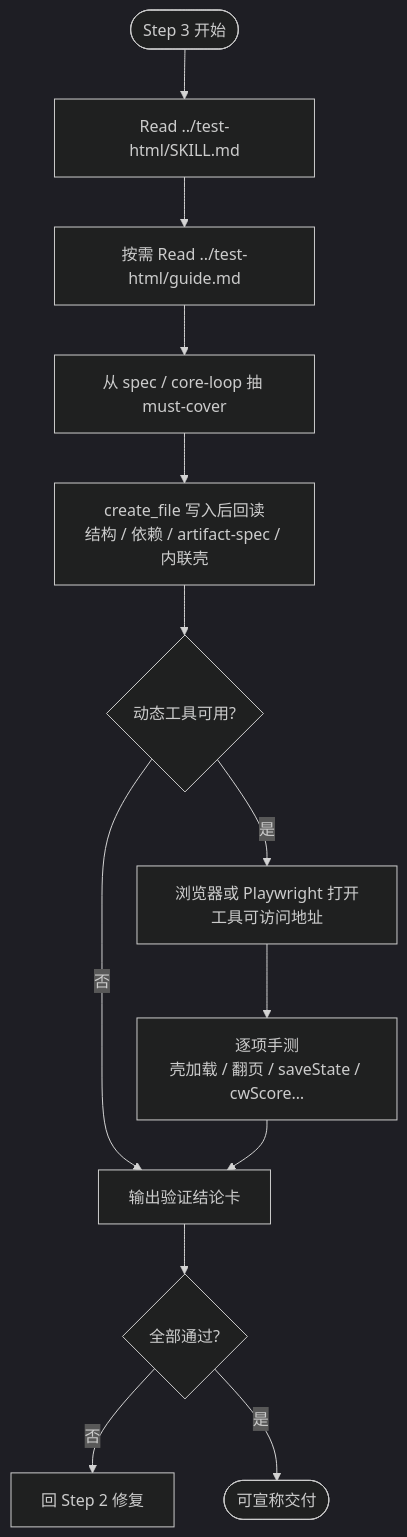
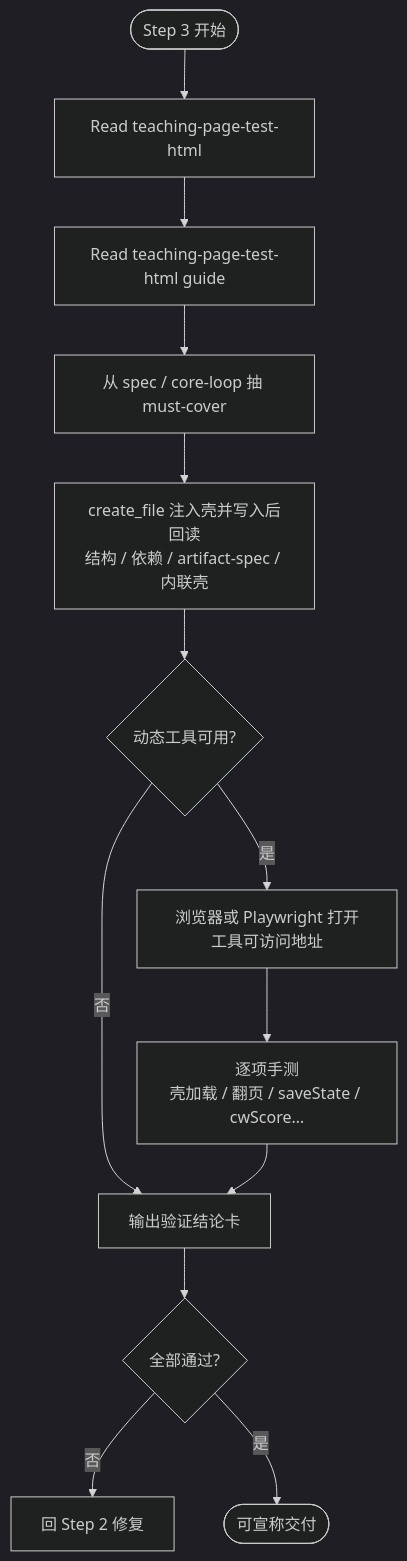
One commit to zhangyicheng95/feixiang-skill-test changed the fourth of 5 diagrams in .cursor/skills/教学HTML-Skills-v0.1.3-2026-07-15/courseware-generator/workflow.md. Above: the diagram before and after it, drawn with Mermaid (dark theme). The commit also changed other lines of this file and 6 other files, not shown here.

````diff
--- a/.cursor/skills/教学HTML-Skills-v0.1.3-2026-07-15/courseware-generator/workflow.md
+++ b/.cursor/skills/教学HTML-Skills-v0.1.3-2026-07-15/courseware-generator/workflow.md
@@ -81,15 +81,15 @@
 ```mermaid
 flowchart TD
-    S3_START([Step 3 开始]) --> R_TEST[Read ../test-html/SKILL.md]
-    R_TEST --> R_GUIDE[按需 Read ../test-html/guide.md]
+    S3_START([Step 3 开始]) --> R_TEST[Read teaching-page-test-html]
+    R_TEST --> R_GUIDE[Read teaching-page-test-html guide]
     R_GUIDE --> MUST[从 spec / core-loop 抽 must-cover]
-    MUST --> STATIC[create_file 写入后回读<br/>结构 / 依赖 / artifact-spec / 内联壳]
+    MUST --> STATIC[create_file 注入壳并写入后回读<br/>结构 / 依赖 / artifact-spec / 内联壳]
     STATIC --> AVAILABLE{动态工具可用?}
     AVAILABLE -->|是| BROWSER[浏览器或 Playwright 打开工具可访问地址]
     BROWSER --> HAND[逐项手测<br/>壳加载 / 翻页 / saveState / cwScore…]
     AVAILABLE -->|否| CARD
     HAND --> CARD[输出验证结论卡]
     CARD --> OK{全部通过?}
     OK -->|否| BACK[回 Step 2 修复]
     OK -->|是| S3_END([可宣称交付])
 ```
````
